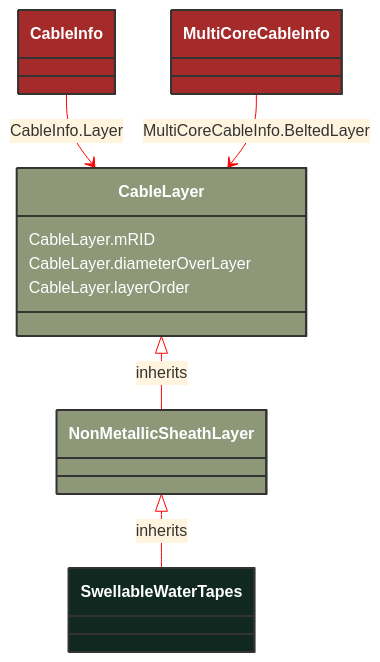
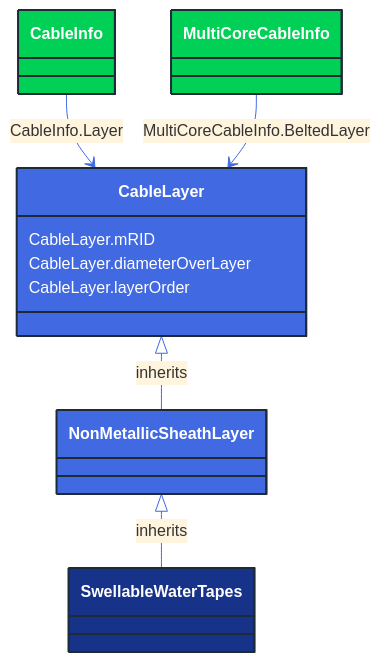
Before and after one commit to 3lbits/NoCIMExtensions: the diagram in docs/Models/Profiles/SubseaCableInfo/ConcreteClasses/SwellableWaterTapes.md, drawn with Mermaid. The commit also changed 362 other files, not shown here.

First line of the commit message:
Update diagrams and styles for improved visual consistency

````diff
--- a/docs/Models/Profiles/SubseaCableInfo/ConcreteClasses/SwellableWaterTapes.md
+++ b/docs/Models/Profiles/SubseaCableInfo/ConcreteClasses/SwellableWaterTapes.md
@@ -8,33 +8,33 @@
 ```mermaid
-%%{init: {'theme':'base','themeVariables': {'lineColor': '#FF0000'}}}%%
+%%{init: {'theme':'base','themeVariables': {'lineColor': '#4169E1'}}}%%
 classDiagram
     class SwellableWaterTapes
     click SwellableWaterTapes href "/Models/Profiles/SubseaCableInfo/ConcreteClasses/SwellableWaterTapes/"
-    style SwellableWaterTapes fill:#102820,stroke:#333,stroke-width:2px,rx:10,ry:10,color:white
+    style SwellableWaterTapes fill:#163289,stroke:#1F2A37,stroke-width:2px,rx:10,ry:10,color:white
      
         NonMetallicSheathLayer <|-- SwellableWaterTapes : inherits
             click NonMetallicSheathLayer href "/Models/Profiles/SubseaCableInfo/ConcreteClasses/NonMetallicSheathLayer/"
-            style NonMetallicSheathLayer fill:#8F9779,stroke:#333,stroke-width:2px,rx:10,ry:10,color:white
+            style NonMetallicSheathLayer fill:#4169E1,stroke:#1F2A37,stroke-width:2px,rx:10,ry:10,color:white
      
         CableLayer <|-- NonMetallicSheathLayer : inherits
             click CableLayer href "/Models/Profiles/SubseaCableInfo/AbstractClasses/CableLayer/"
-            style CableLayer fill:#8F9779,stroke:#333,stroke-width:2px,rx:10,ry:10,color:white
+            style CableLayer fill:#4169E1,stroke:#1F2A37,stroke-width:2px,rx:10,ry:10,color:white
 
 
         CableInfo --> CableLayer : CableInfo.Layer
 
         CableInfo
             click CableInfo href "/Models/Profiles/SubseaCableInfo/ConcreteClasses/CableInfo/"
-            style CableInfo fill:#A52A2A,stroke:#333,stroke-width:2px,rx:10,ry:10,color:white
+            style CableInfo fill:#00D156,stroke:#1F2A37,stroke-width:2px,rx:10,ry:10,color:white
 
         MultiCoreCableInfo --> CableLayer : MultiCoreCableInfo.BeltedLayer
 
         MultiCoreCableInfo
             click MultiCoreCableInfo href "/Models/Profiles/SubseaCableInfo/ConcreteClasses/MultiCoreCableInfo/"
-            style MultiCoreCableInfo fill:#A52A2A,stroke:#333,stroke-width:2px,rx:10,ry:10,color:white
+            style MultiCoreCableInfo fill:#00D156,stroke:#1F2A37,stroke-width:2px,rx:10,ry:10,color:white
 
 
         CableLayer : CableLayer.mRID
         CableLayer : CableLayer.diameterOverLayer
         CableLayer : CableLayer.layerOrder
 ```
````
